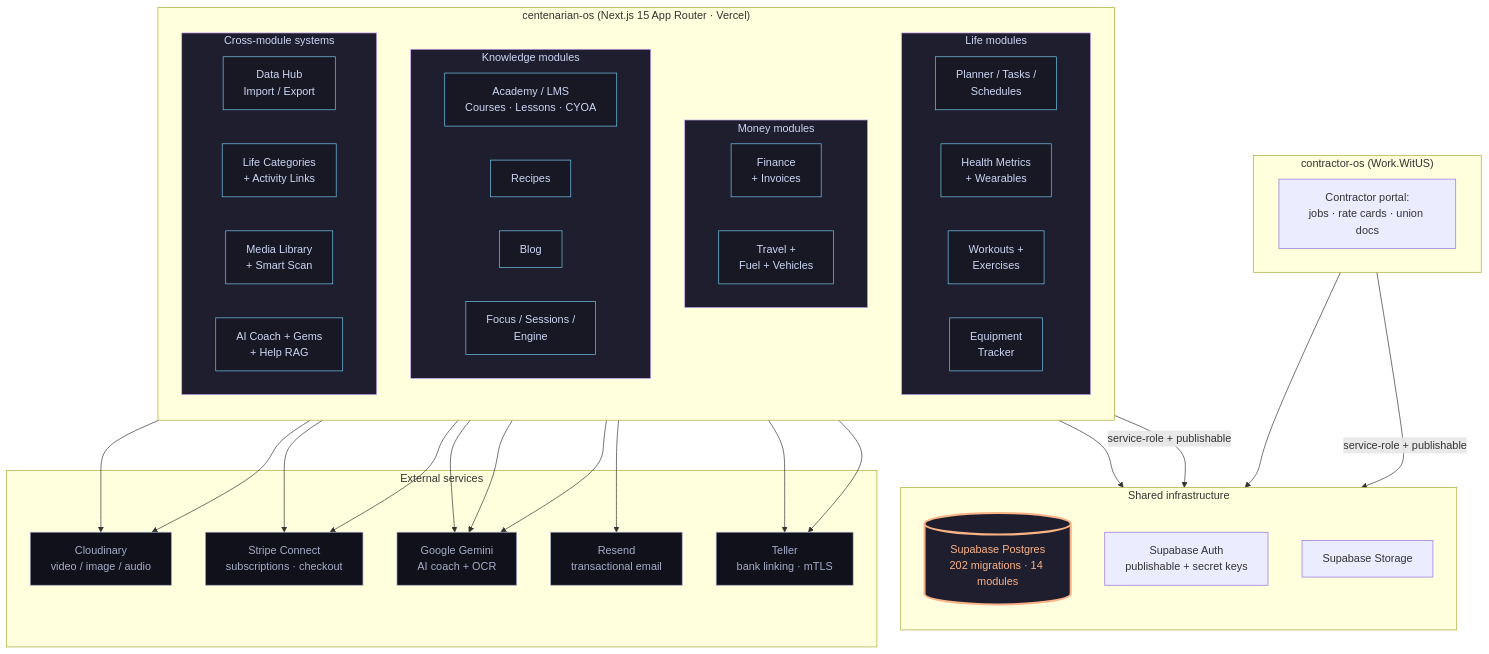
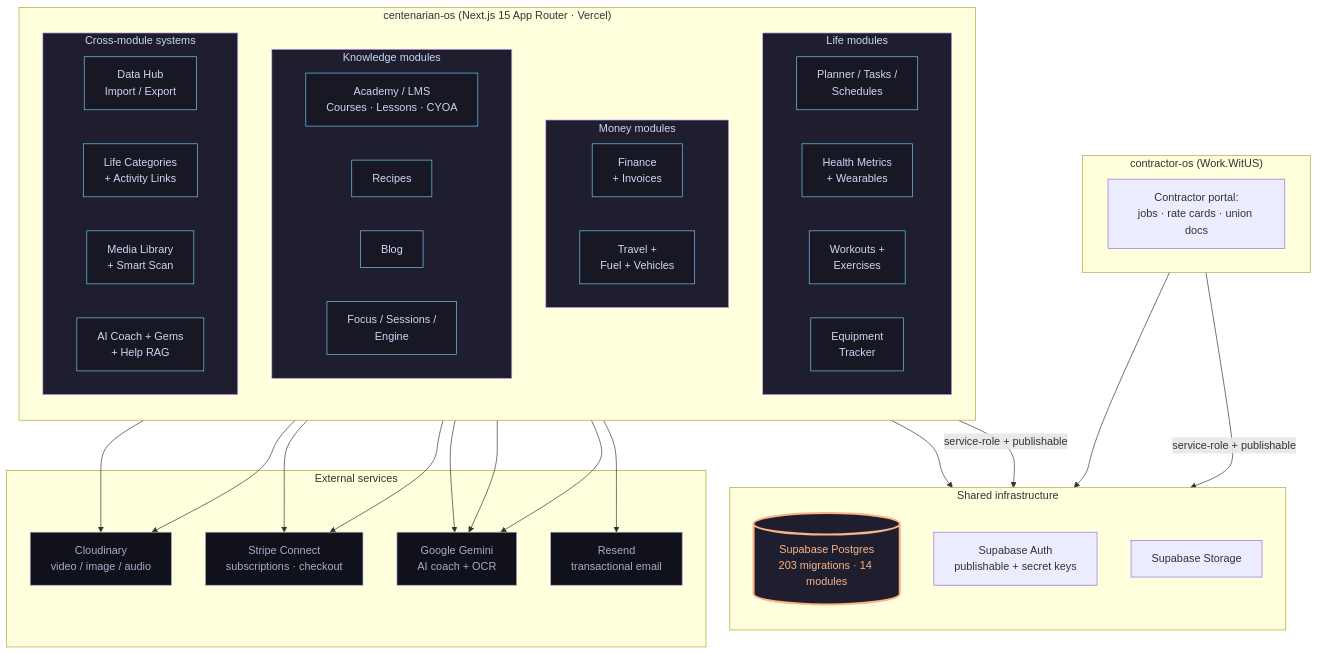
Before and after one commit to dapperAuteur/centenarian-os: the first of 2 diagrams in ARCHITECTURE.md, drawn with Mermaid. The commit also changed other lines of this file and 15 other files, not shown here.

````diff
--- a/ARCHITECTURE.md
+++ b/ARCHITECTURE.md
@@ -14,79 +14,76 @@
 ```mermaid
 flowchart TB
   classDef shell fill:#1e1e2e,stroke:#cba6f7,color:#cdd6f4
   classDef module fill:#181825,stroke:#74c7ec,color:#cdd6f4
   classDef shared fill:#1e1e2e,stroke:#fab387,color:#fab387,stroke-width:3px
   classDef external fill:#11111b,stroke:#a6adc8,color:#a6adc8
 
   subgraph CentOS["centenarian-os (Next.js 15 App Router · Vercel)"]
     direction TB
 
     subgraph Life["Life modules"]
       direction LR
       Planner[Planner / Tasks /<br/>Schedules]
       Health[Health Metrics<br/>+ Wearables]
       Workouts[Workouts +<br/>Exercises]
       Equipment[Equipment<br/>Tracker]
     end
 
     subgraph Money["Money modules"]
       direction LR
       Finance[Finance<br/>+ Invoices]
       Travel[Travel +<br/>Fuel + Vehicles]
     end
 
     subgraph Knowledge["Knowledge modules"]
       direction LR
       Academy[Academy / LMS<br/>Courses · Lessons · CYOA]
       Recipes[Recipes]
       Blog[Blog]
       Focus[Focus / Sessions /<br/>Engine]
     end
 
     subgraph Cross["Cross-module systems"]
       direction LR
       DataHub[Data Hub<br/>Import / Export]
       Categories[Life Categories<br/>+ Activity Links]
       MediaLib[Media Library<br/>+ Smart Scan]
       Coach[AI Coach + Gems<br/>+ Help RAG]
     end
   end
 
   subgraph Shared["Shared infrastructure"]
     direction TB
-    Supabase[(Supabase Postgres<br/>202 migrations · 14 modules)]:::shared
+    Supabase[(Supabase Postgres<br/>203 migrations · 14 modules)]:::shared
     SupaAuth[Supabase Auth<br/>publishable + secret keys]
     SupaStorage[Supabase Storage]
   end
 
   subgraph Sibling["contractor-os (Work.WitUS)"]
     Contractor[Contractor portal:<br/>jobs · rate cards · union docs]
   end
 
   subgraph External["External services"]
     Cloudinary[Cloudinary<br/>video / image / audio]
     Stripe[Stripe Connect<br/>subscriptions · checkout]
     Gemini[Google Gemini<br/>AI coach + OCR]
     Resend[Resend<br/>transactional email]
-    Teller[Teller<br/>bank linking · mTLS]
   end
 
   CentOS -->|service-role + publishable| Supabase
   Sibling -->|service-role + publishable| Supabase
   CentOS --> SupaAuth
   Sibling --> SupaAuth
   CentOS --> Cloudinary
   CentOS --> Stripe
   CentOS --> Gemini
   CentOS --> Resend
-  CentOS --> Teller
   Coach --> Gemini
   MediaLib --> Cloudinary
   MediaLib --> Gemini
-  Finance --> Teller
   Finance --> Stripe
 
   class Life,Money,Knowledge,Cross shell
   class Planner,Health,Workouts,Equipment,Finance,Travel,Academy,Recipes,Blog,Focus,DataHub,Categories,MediaLib,Coach module
-  class Cloudinary,Stripe,Gemini,Resend,Teller external
+  class Cloudinary,Stripe,Gemini,Resend external
 ```
````
